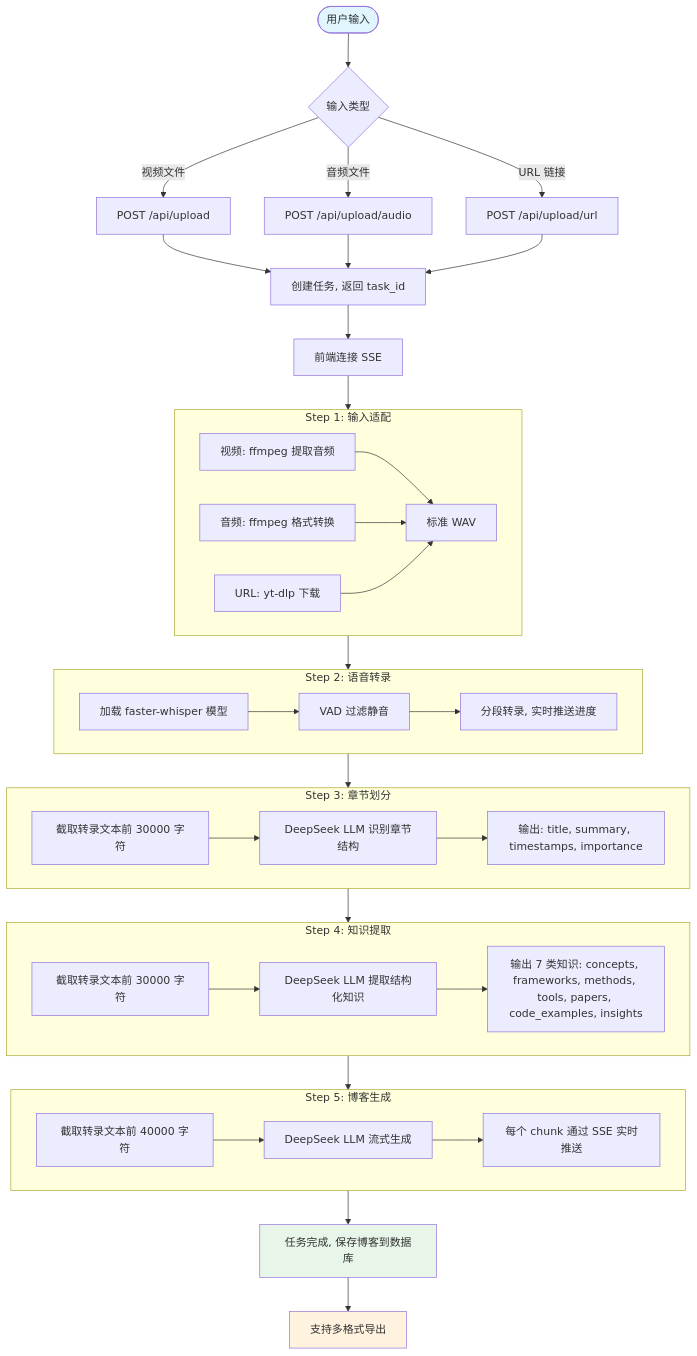
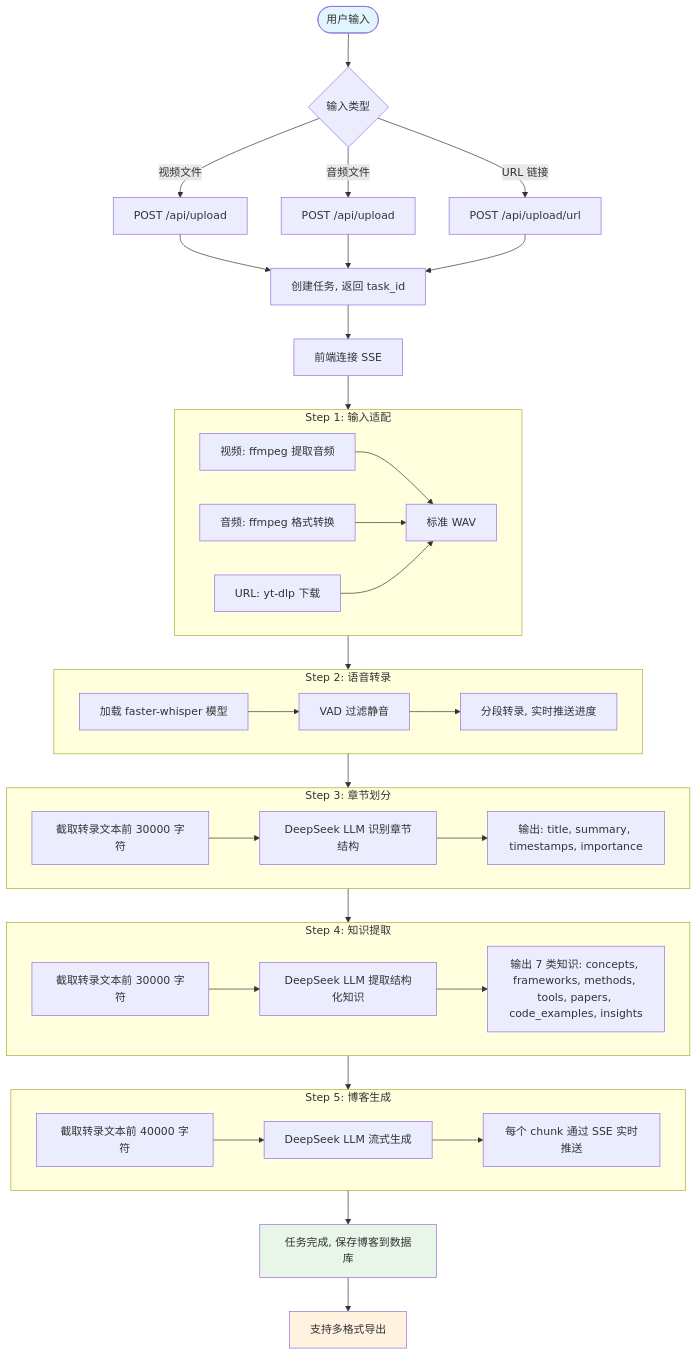
One commit to guyue356/Video2TechBlog changed the second of 5 diagrams in README.md. Above: the diagram before and after it, drawn with Mermaid. The commit also changed other lines of this file, not shown here.

````diff
--- a/README.md
+++ b/README.md
@@ -159,52 +344,52 @@
 ```mermaid
 flowchart TD
     Start([用户输入]) --> Input{输入类型}
     Input -->|视频文件| V1[POST /api/upload]
-    Input -->|音频文件| V2[POST /api/upload/audio]
+    Input -->|音频文件| V2[POST /api/upload]
     Input -->|URL 链接| V3[POST /api/upload/url]
 
     V1 & V2 & V3 --> Task[创建任务, 返回 task_id]
     Task --> Connect[前端连接 SSE]
     Connect --> Step0
 
     subgraph Step0[Step 1: 输入适配]
         S0A[视频: ffmpeg 提取音频] --> S0W[标准 WAV]
         S0B[音频: ffmpeg 格式转换] --> S0W
         S0C[URL: yt-dlp 下载] --> S0W
     end
 
     Step0 --> Step2
 
     subgraph Step2[Step 2: 语音转录]
         S2A[加载 faster-whisper 模型] --> S2B[VAD 过滤静音]
         S2B --> S2C[分段转录, 实时推送进度]
     end
 
     Step2 --> Step3
 
     subgraph Step3[Step 3: 章节划分]
         S3A[截取转录文本前 30000 字符] --> S3B[DeepSeek LLM 识别章节结构]
         S3B --> S3C[输出: title, summary, timestamps, importance]
     end
 
     Step3 --> Step4
 
     subgraph Step4[Step 4: 知识提取]
         S4A[截取转录文本前 30000 字符] --> S4B[DeepSeek LLM 提取结构化知识]
         S4B --> S4C[输出 7 类知识: concepts, frameworks, methods, tools, papers, code_examples, insights]
     end
 
     Step4 --> Step5
 
     subgraph Step5[Step 5: 博客生成]
         S5A[截取转录文本前 40000 字符] --> S5B[DeepSeek LLM 流式生成]
         S5B --> S5C[每个 chunk 通过 SSE 实时推送]
     end
 
     Step5 --> Complete[任务完成, 保存博客到数据库]
     Complete --> Export[支持多格式导出]
 
     style Start fill:#e1f5fe
     style Complete fill:#e8f5e9
     style Export fill:#fff3e0
 ```
````
